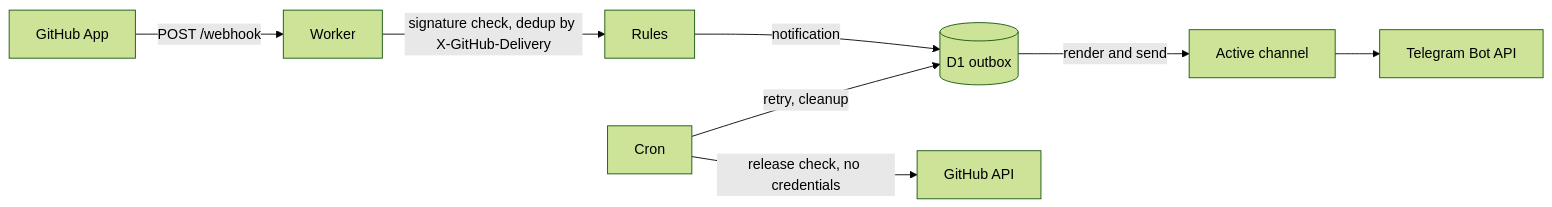
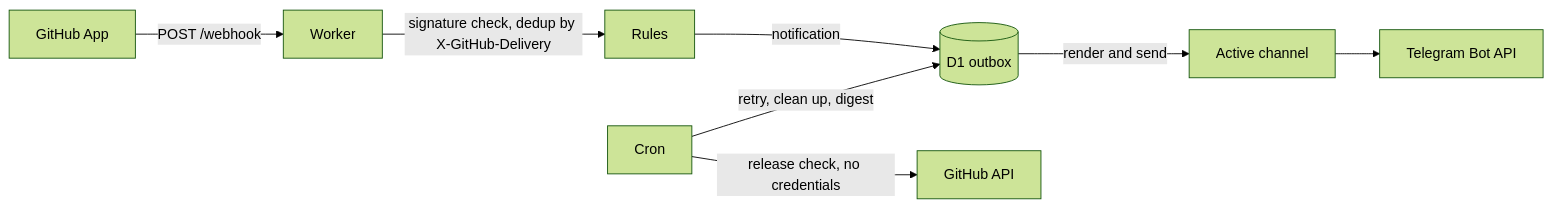
The diagram in docs/ARCHITECTURE.md (LarsLaskowski/Seluna), drawn with Mermaid (forest theme) before and after one commit. The commit also changed other lines of this file and 70 other files, not shown here.

````diff
--- a/docs/ARCHITECTURE.md
+++ b/docs/ARCHITECTURE.md
@@ -27,10 +27,10 @@
 ```mermaid
 flowchart LR
   GH[GitHub App] -->|POST /webhook| W[Worker]
   W -->|signature check, dedup by X-GitHub-Delivery| R[Rules]
   R -->|notification| O[(D1 outbox)]
   O -->|render and send| CH[Active channel]
   CH --> T[Telegram Bot API]
-  C[Cron] -->|retry, cleanup| O
+  C[Cron] -->|retry, clean up, digest| O
   C -->|release check, no credentials| GA[GitHub API]
 ```
````
